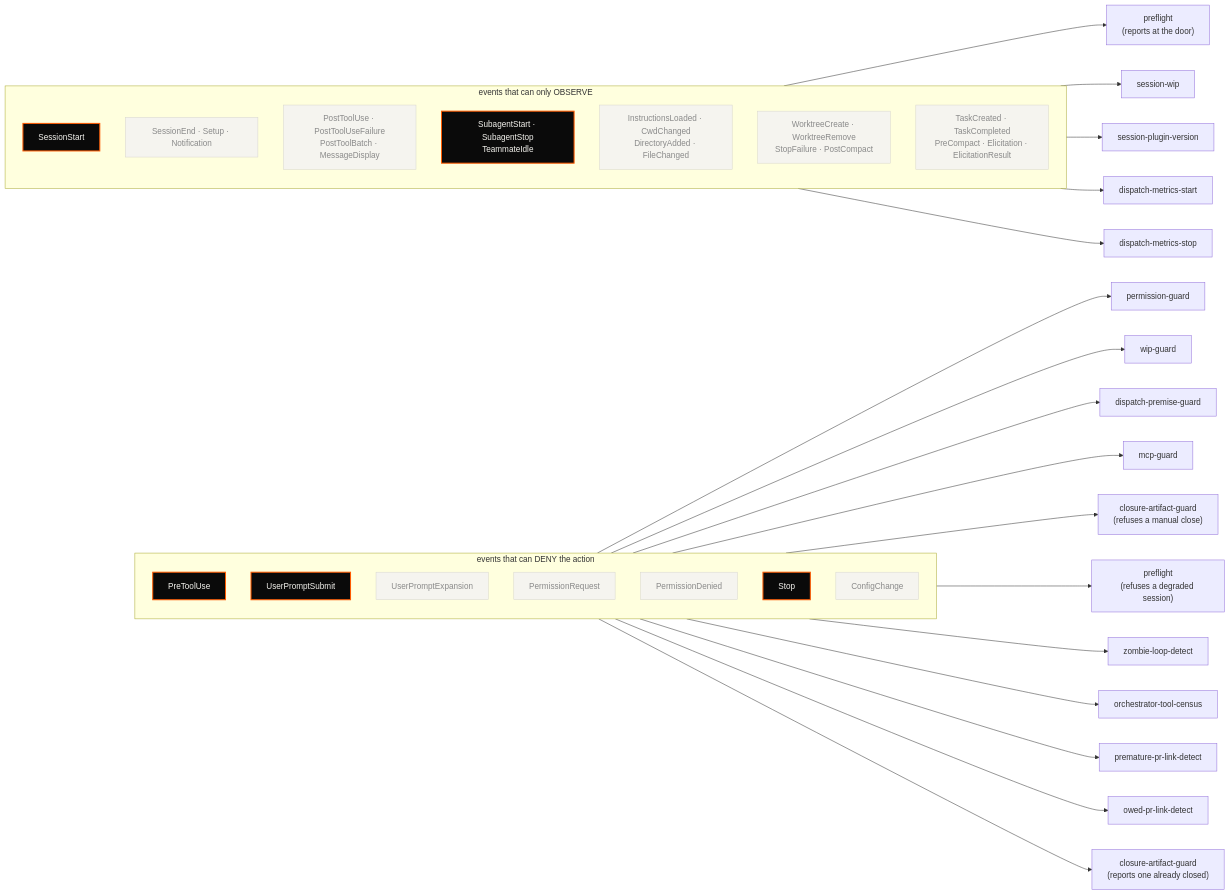
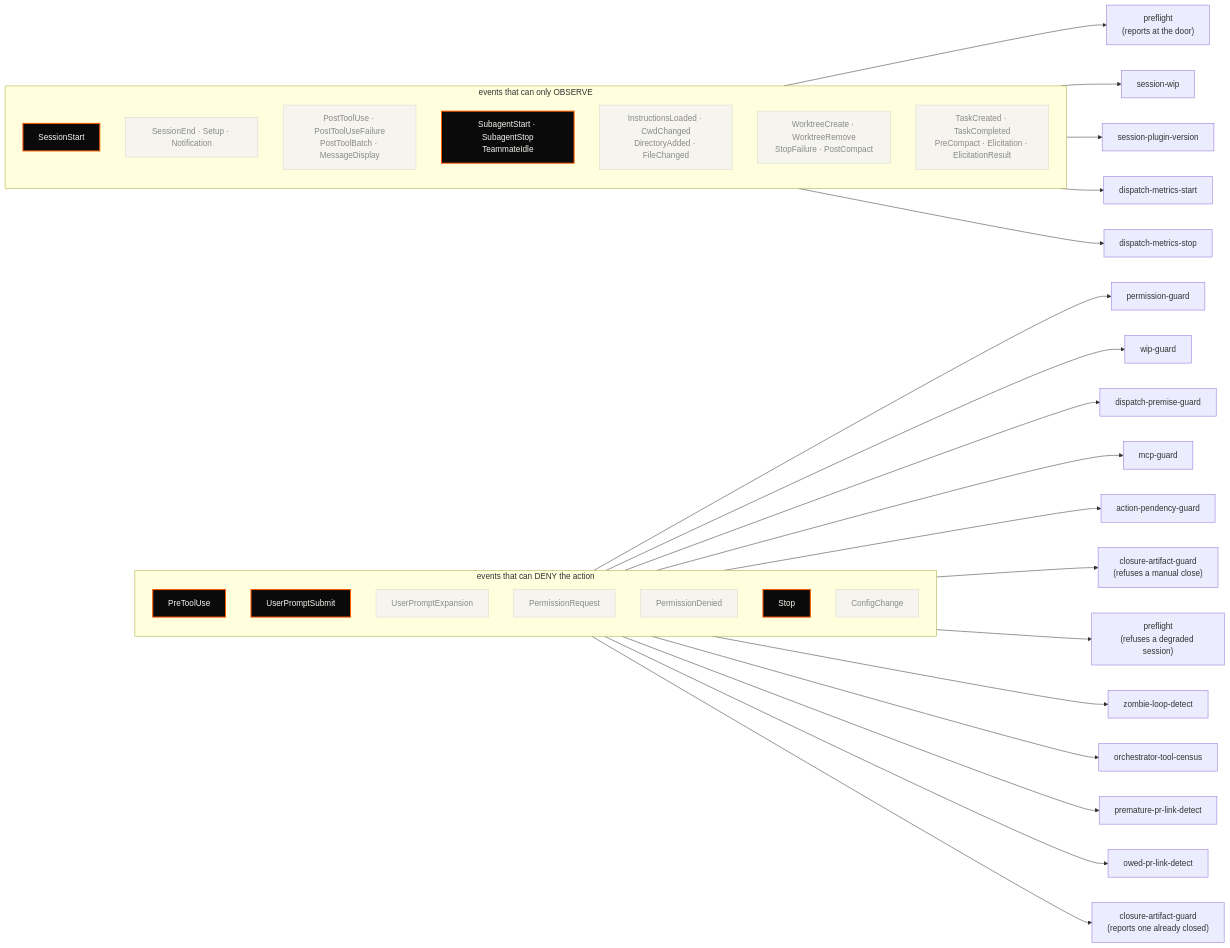
One commit to tedeuxx/tadeumendonca-skills changed the fourth of 5 diagrams in README.md. Above: the diagram before and after it, drawn with Mermaid. The commit also changed other lines of this file and 4 other files, not shown here.

````diff
--- a/README.md
+++ b/README.md
@@ -1333,63 +1333,65 @@
 ```mermaid
 flowchart LR
   classDef used fill:#0A0A0A,color:#F5F4EF,stroke:#FF5A00,stroke-width:2px
   classDef idle fill:#F5F4EF,color:#8A8A8A,stroke:#D8D6CE
 
   subgraph BLOCK["events that can DENY the action"]
     direction TB
     E1["PreToolUse"]
     E2["UserPromptSubmit"]
     E3["UserPromptExpansion"]:::idle
     E4["PermissionRequest"]:::idle
     E5["PermissionDenied"]:::idle
     E6["Stop"]
     E7["ConfigChange"]:::idle
   end
 
   subgraph OBS["events that can only OBSERVE"]
     direction TB
     O1["SessionStart"]
     O2["SessionEnd · Setup · Notification"]:::idle
     O3["PostToolUse · PostToolUseFailure<br/>PostToolBatch · MessageDisplay"]:::idle
     O4["SubagentStart · SubagentStop<br/>TeammateIdle"]:::idle
     O5["InstructionsLoaded · CwdChanged<br/>DirectoryAdded · FileChanged"]:::idle
     O6["WorktreeCreate · WorktreeRemove<br/>StopFailure · PostCompact"]:::idle
     O7["TaskCreated · TaskCompleted<br/>PreCompact · Elicitation · ElicitationResult"]:::idle
   end
 
   H1["permission-guard"]
   H2["wip-guard"]
   H3["session-wip"]
   H4["session-plugin-version"]
   H5["dispatch-metrics-start"]
   H6["dispatch-metrics-stop"]
   H7["zombie-loop-detect"]
   H9["orchestrator-tool-census"]
   H10["premature-pr-link-detect"]
   H17["owed-pr-link-detect"]
   H11["dispatch-premise-guard"]
   H12["closure-artifact-guard<br/>(refuses a manual close)"]
   H13["closure-artifact-guard<br/>(reports one already closed)"]
   H14["preflight<br/>(refuses a degraded session)"]
   H15["preflight<br/>(reports at the door)"]
   H16["mcp-guard"]
+  H18["action-pendency-guard"]
 
   E1 --> H1
   E1 --> H2
   E1 --> H11
   E1 --> H16
+  E1 --> H18
   E1 --> H12
   E2 --> H14
   O1 --> H15
   O1 --> H3
   O1 --> H4
   O4 --> H5
   O4 --> H6
   E6 --> H7
   E6 --> H9
   E6 --> H10
   E6 --> H17
   E6 --> H13
 
   class E1,E2,O1,O4,E6 used
 ```
````
